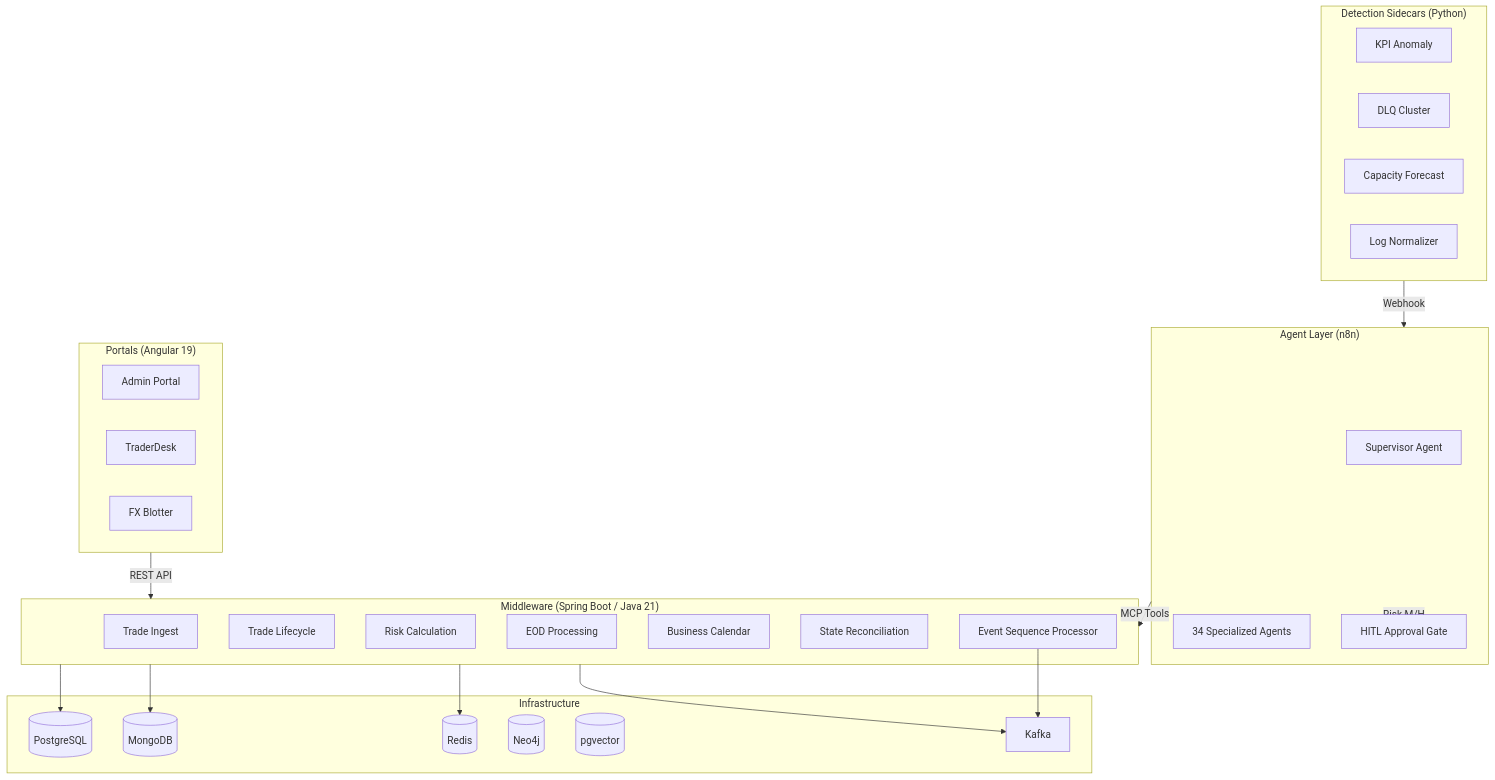
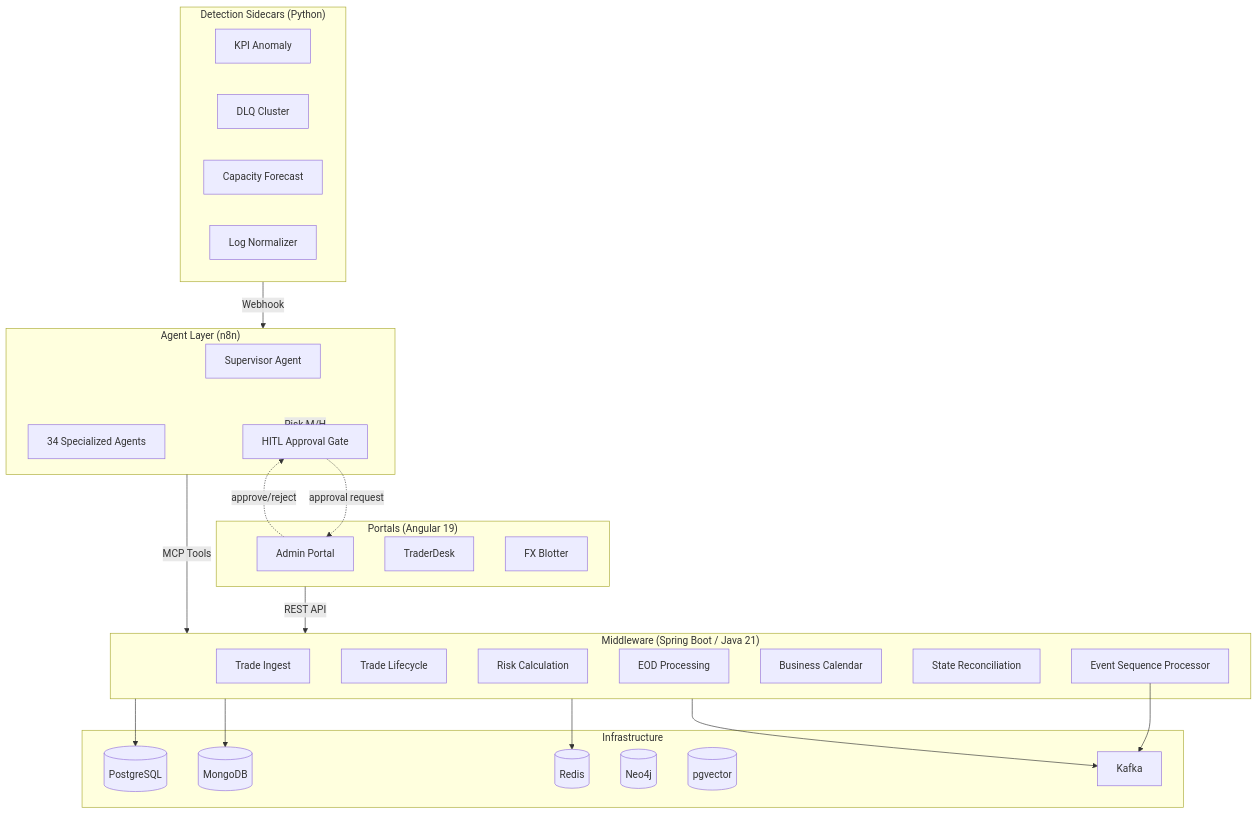
The diagram in README.md (javakishore-veleti/Forex-Trade-Operations-Intelligence), drawn with Mermaid before and after one commit. The commit also changed other lines of this file, not shown here.

First line of the commit message:
docs: rewrite README — lead with value, architecture, agent fleet, and key principle

````diff
--- a/README.md
+++ b/README.md
@@ -67,48 +55,50 @@
 ```mermaid
 flowchart TB
     subgraph Portals["Portals (Angular 19)"]
         Admin[Admin Portal]
         Desk[TraderDesk]
         Blotter[FX Blotter]
     end
 
     subgraph Agents["Agent Layer (n8n)"]
         Sup[Supervisor Agent]
         Spec[34 Specialized Agents]
         HITL[HITL Approval Gate]
     end
 
     subgraph Middleware["Middleware (Spring Boot / Java 21)"]
         Ingest[Trade Ingest]
         Life[Trade Lifecycle]
         Risk[Risk Calculation]
         EOD[EOD Processing]
         Cal[Business Calendar]
         Recon[State Reconciliation]
         Seq[Event Sequence Processor]
     end
 
     subgraph Sidecars["Detection Sidecars (Python)"]
         KPI[KPI Anomaly]
         DLQ[DLQ Cluster]
         Cap[Capacity Forecast]
         Log[Log Normalizer]
     end
 
     subgraph Infra["Infrastructure"]
         PG[(PostgreSQL)]
         Mongo[(MongoDB)]
         Redis[(Redis)]
         Neo4j[(Neo4j)]
         Vec[(pgvector)]
         Kafka[Kafka]
     end
 
     Portals -->|REST API| Middleware
     Agents -->|MCP Tools| Middleware
     Sidecars -->|Webhook| Agents
     Middleware --> Kafka
     Middleware --> PG & Mongo & Redis
     Seq --> Kafka
     Agents -.->|Risk M/H| HITL
+    HITL -.->|approval request| Admin
+    Admin -.->|approve/reject| HITL
 ```
````
